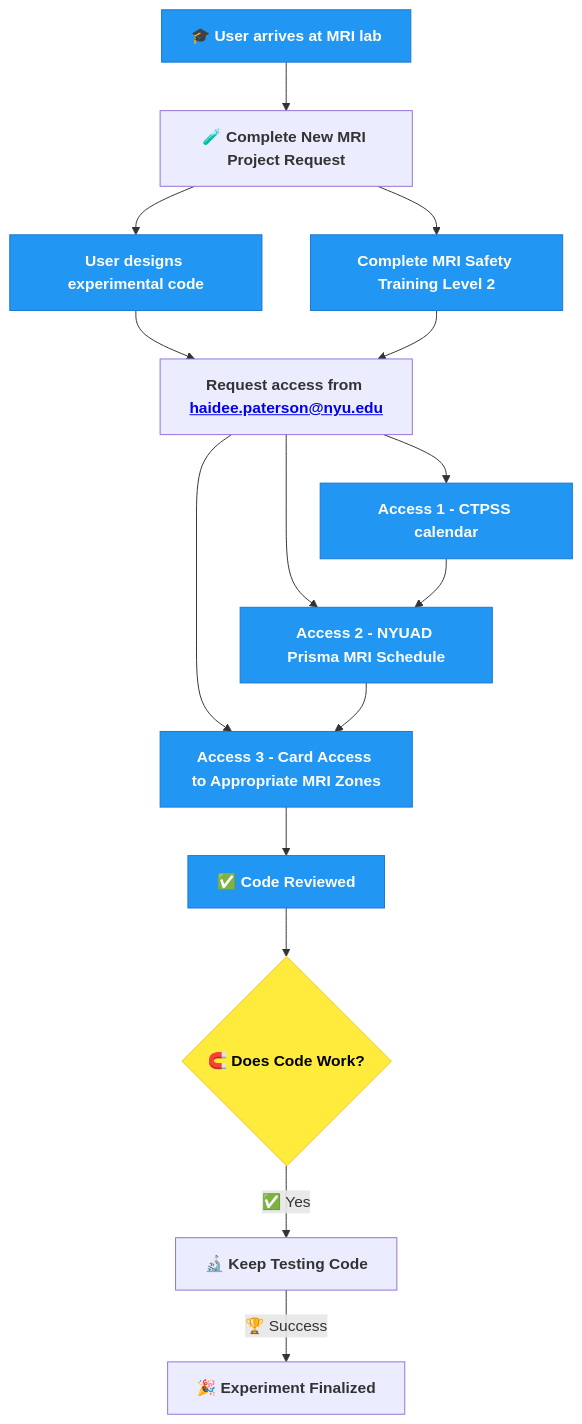
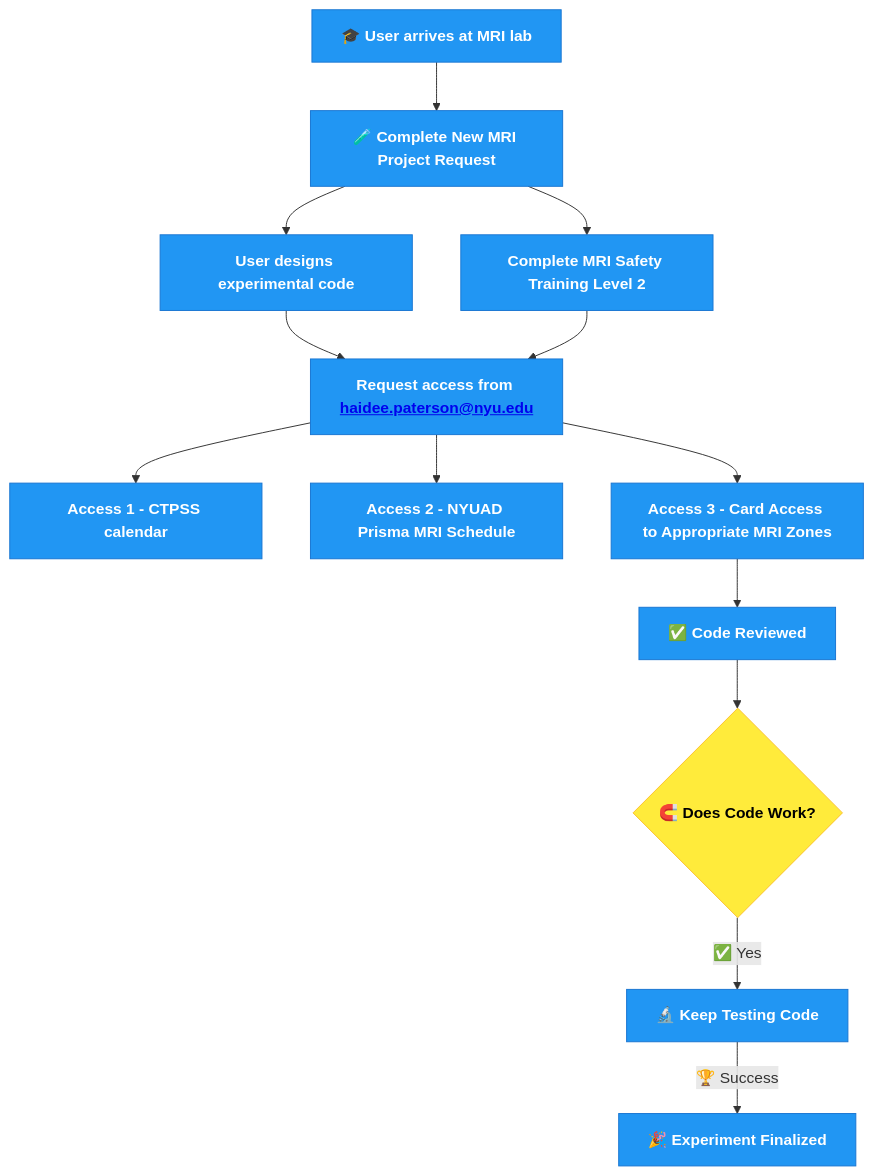
One commit to BioMedicalImaging-Core-NYUAD/brainimaging-lab-documentation changed the diagram in docs/source/1-lab_overview/3-process_diagram.rst. Above: the diagram before and after it, drawn with Mermaid. The commit also changed other lines of this file, not shown here.

Commit message:
added link

```diff
--- a/docs/source/1-lab_overview/3-process_diagram.rst
+++ b/docs/source/1-lab_overview/3-process_diagram.rst
@@ -5,31 +5,29 @@
 .. mermaid::
 
   graph TD;
     A[🎓 <b>User arrives at MRI lab</b>] --> B[🧪 <b>Complete New MRI Project Request</b>];
     B --> C[<b>User designs experimental code</b>];
     B --> D[<b>Complete MRI Safety Training Level 2</b>];
     C --> E[<b>Request access from <a href="mailto:haidee.paterson@nyu.edu">haidee.paterson@nyu.edu</a></b>];
     D --> E;
     E --> F[<b>Access 1 - CTPSS calendar</b>];
     E --> G[<b>Access 2 - NYUAD Prisma MRI Schedule</b>];
     E --> H[<b>Access 3 - Card Access to Appropriate MRI Zones</b>];
-    F --> G;
-    G --> H;
     H --> I[✅ <b>Code Reviewed</b>];
     I --> J{🧲️ <b>Does Code Work?</b>};
     J --✅ Yes --> K[🔬 <b>Keep Testing Code</b>];
     K -->|🏆 Success| L[🎉 <b>Experiment Finalized</b>];
 
     %% Clickable Nodes
     click B "https://drive.google.com/file/d/10Py1KSAsktpCjU6c3lLuWLqVL2a5ofee/view?usp=drive_link"
     click D "https://app.imagingu.com/courses/personnel-group-ii-yearly"
     click E "mailto:haidee.paterson@nyu.edu" "Email haidee.paterson@nyu.edu"
 
     %% Style Definitions
     classDef success fill:#4CAF50,stroke:#2E7D32,color:#fff;
     classDef decision fill:#FFEB3B,stroke:#FBC02D,color:#000;
     classDef process fill:#2196F3,stroke:#1976D2,color:#fff;
     classDef warning fill:#FF5722,stroke:#E64A19,color:#fff;
 
-    class A,C,D,F,G,H,I process;
+    class A,B,C,D,E,F,G,H,I,K,L process;
     class J decision;
```
